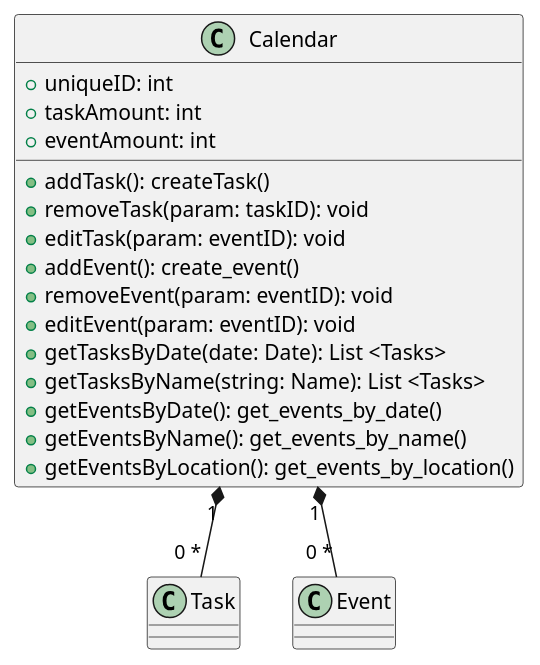
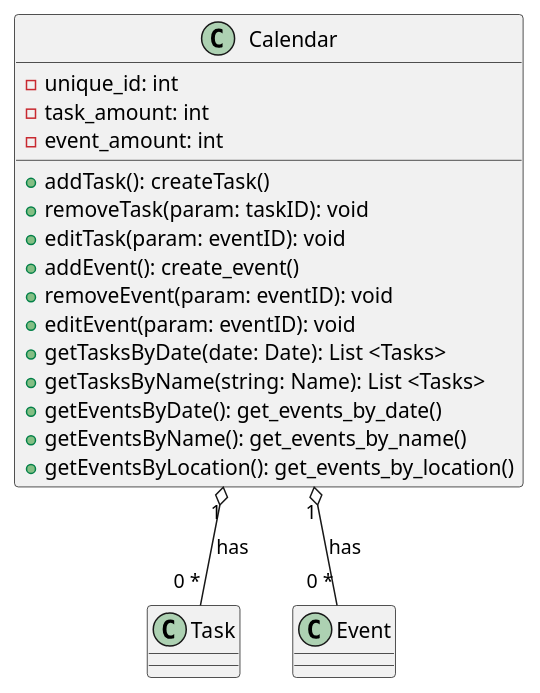
One commit to CS361-2024Fall-Term/Innovators changed the diagram in assignment6/calendar.puml. Above: the diagram before and after it, drawn with PlantUML.

Commit message:
updated calendar relationships, naming conventions, set attributes to private

```diff
--- a/assignment6/calendar.puml
+++ b/assignment6/calendar.puml
@@ -1,29 +1,29 @@
 @startuml
 
 class Calendar {
-  +uniqueID: int  
-  +taskAmount: int
-  +eventAmount: int
+  -unique_id: int  
+  -task_amount: int
+  -event_amount: int
   +addTask(): createTask()
   +removeTask(param: taskID): void
   +editTask(param: eventID): void
   +addEvent(): create_event()
   +removeEvent(param: eventID): void
   +editEvent(param: eventID): void
   +getTasksByDate(date: Date): List <Tasks>
   +getTasksByName(string: Name): List <Tasks>
   +getEventsByDate(): get_events_by_date()
   +getEventsByName(): get_events_by_name()
   +getEventsByLocation(): get_events_by_location()
 }
 
 class Task {
 }
 
 class Event {
 }
 
-Calendar "1" *-- "0 *" Task
-Calendar "1" *-- "0 *" Event
+Calendar "1" o-- "0 *" Task : "has"
+Calendar "1" o-- "0 *" Event : "has"
 
 @enduml
```
